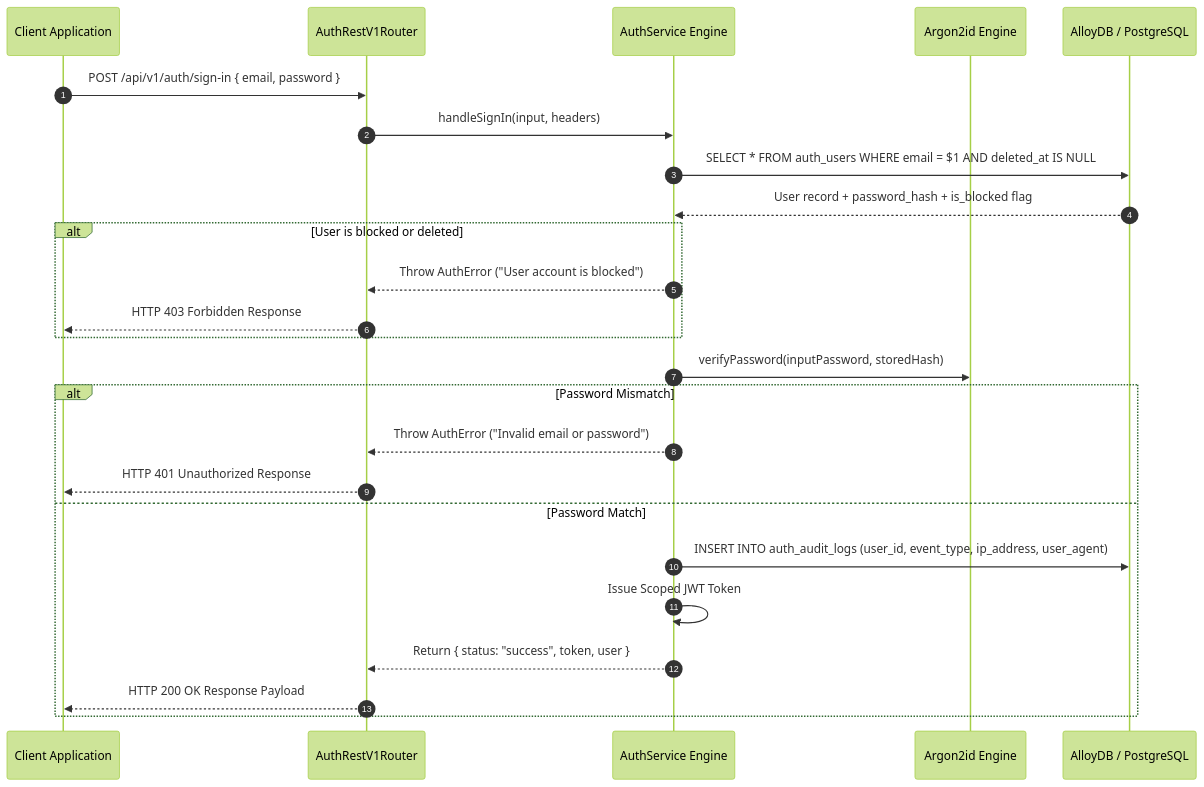
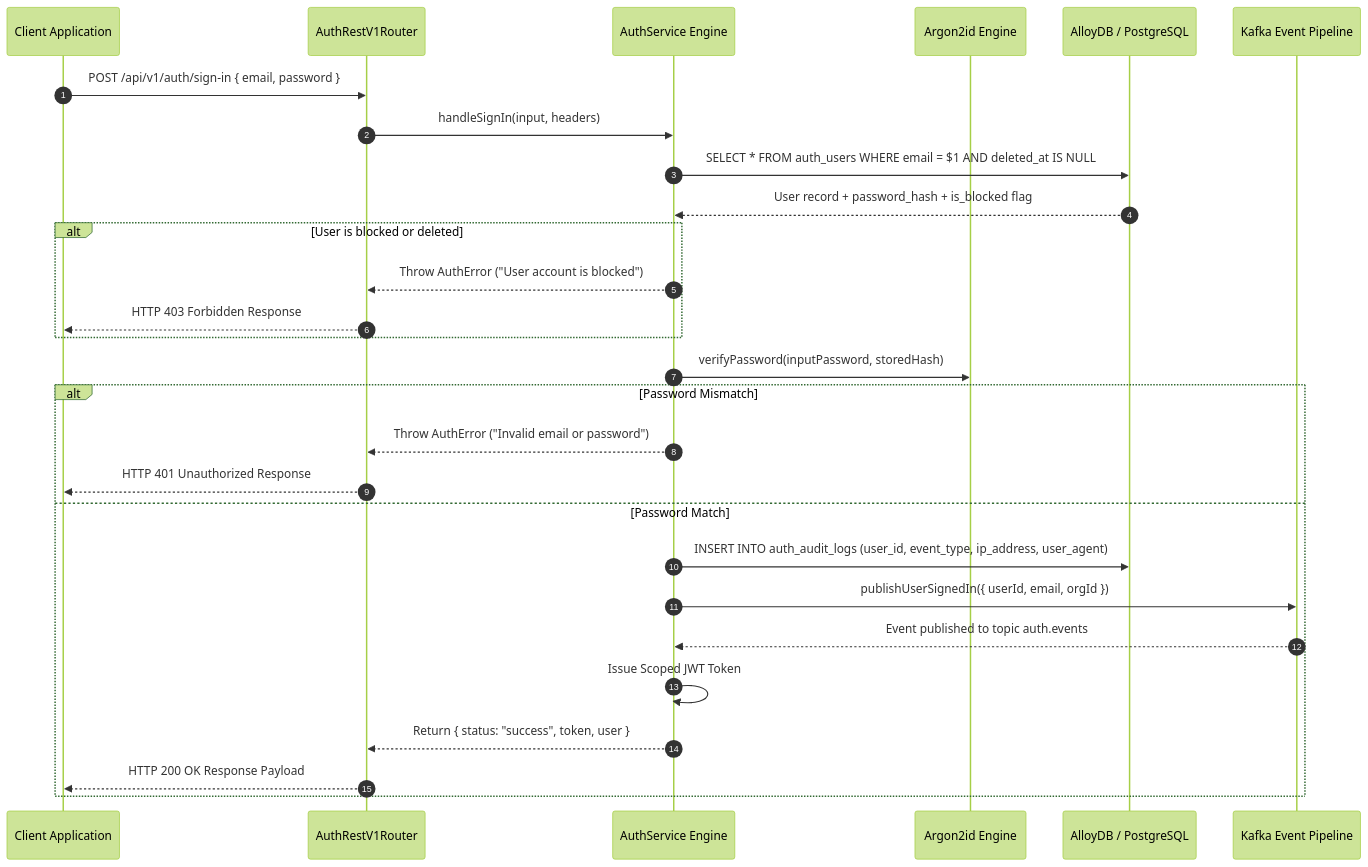
One commit to Chief-Strategist-J/llm-observability-platform changed the third of 3 diagrams in packages/node/auth/adr/0002-authentication-user-registration-and-signin-flow.md. Above: the diagram before and after it, drawn with Mermaid (forest theme). The commit also changed other lines of this file and 2 other files, not shown here.

Commit message:
feat(auth/messaging): wire Kafka AuthEventProducer and AuthEventConsumer into auth lifecycle

````diff
--- a/packages/node/auth/adr/0002-authentication-user-registration-and-signin-flow.md
+++ b/packages/node/auth/adr/0002-authentication-user-registration-and-signin-flow.md
@@ -85,31 +96,34 @@
 ```mermaid
 sequenceDiagram
     autonumber
     participant Client as Client Application
     participant Router as AuthRestV1Router
     participant Service as AuthService Engine
     participant Argon as Argon2id Engine
     participant DB as AlloyDB / PostgreSQL
+    participant Kafka as Kafka Event Pipeline
 
     Client->>Router: POST /api/v1/auth/sign-in { email, password }
     Router->>Service: handleSignIn(input, headers)
     Service->>DB: SELECT * FROM auth_users WHERE email = $1 AND deleted_at IS NULL
     DB-->>Service: User record + password_hash + is_blocked flag
 
     alt User is blocked or deleted
         Service-->>Router: Throw AuthError ("User account is blocked")
         Router-->>Client: HTTP 403 Forbidden Response
     end
 
     Service->>Argon: verifyPassword(inputPassword, storedHash)
     
     alt Password Mismatch
         Service-->>Router: Throw AuthError ("Invalid email or password")
         Router-->>Client: HTTP 401 Unauthorized Response
     else Password Match
         Service->>DB: INSERT INTO auth_audit_logs (user_id, event_type, ip_address, user_agent)
+        Service->>Kafka: publishUserSignedIn({ userId, email, orgId })
+        Kafka-->>Service: Event published to topic auth.events
         Service->>Service: Issue Scoped JWT Token
         Service-->>Router: Return { status: "success", token, user }
         Router-->>Client: HTTP 200 OK Response Payload
     end
 ```
````
